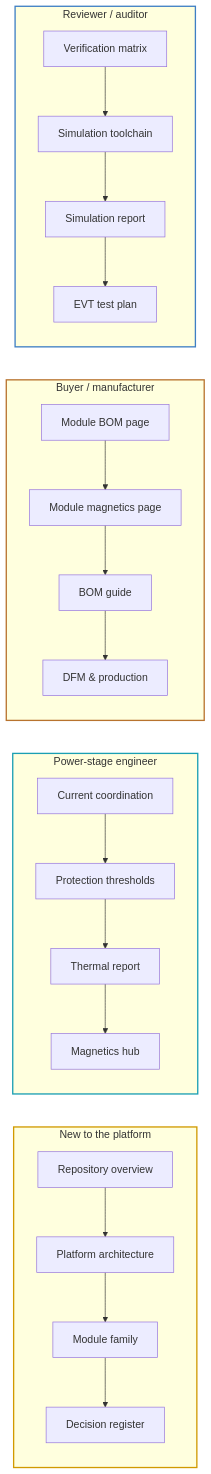
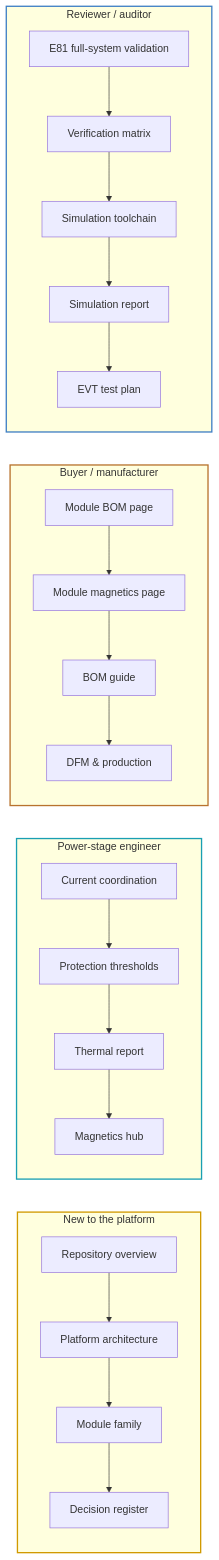
One commit to vectivolt/DC-Modules changed the diagram in docs/README.md. Above: the diagram before and after it, drawn with Mermaid. The commit also changed other lines of this file and 883 other files, not shown here.

````diff
--- a/docs/README.md
+++ b/docs/README.md
@@ -24,23 +24,23 @@
 ```mermaid
 flowchart LR
   subgraph NEW["New to the platform"]
     direction TB
     N1["Repository overview"] --> N2["Platform architecture"] --> N3["Module family"] --> N4["Decision register"]
   end
   subgraph ENG["Power-stage engineer"]
     direction TB
     P1["Current coordination"] --> P2["Protection thresholds"] --> P3["Thermal report"] --> P4["Magnetics hub"]
   end
   subgraph BUY["Buyer / manufacturer"]
     direction TB
     B1["Module BOM page"] --> B2["Module magnetics page"] --> B3["BOM guide"] --> B4["DFM & production"]
   end
   subgraph REV["Reviewer / auditor"]
     direction TB
-    R1["Verification matrix"] --> R2["Simulation toolchain"] --> R3["Simulation report"] --> R4["EVT test plan"]
+    R0["E81 full-system validation"] --> R1["Verification matrix"] --> R2["Simulation toolchain"] --> R3["Simulation report"] --> R4["EVT test plan"]
   end
   style NEW stroke:#d19a00,stroke-width:2px
   style ENG stroke:#1a9fb3,stroke-width:2px
   style BUY stroke:#b8732e,stroke-width:2px
   style REV stroke:#3f7fc4,stroke-width:2px
 ```
````
